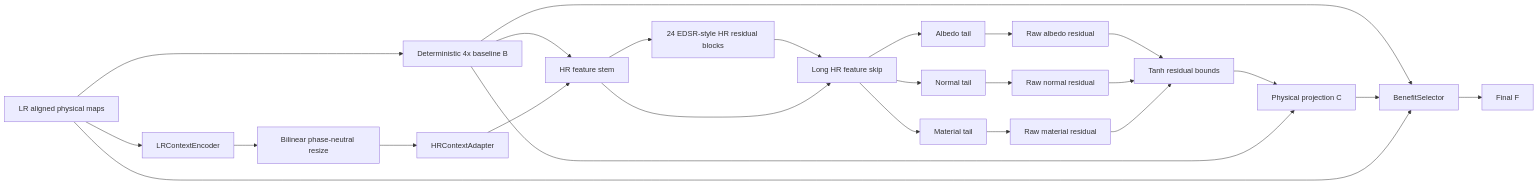
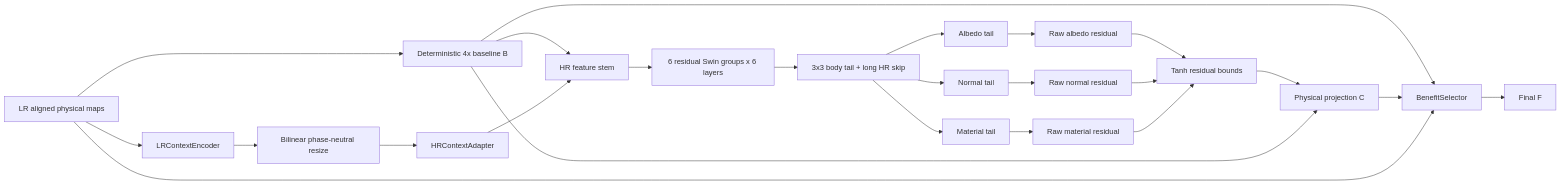
Before and after one commit to JamieShelley/trinity: the diagram in tools/nsamdr/README.md, drawn with Mermaid. The commit also changed other lines of this file, not shown here.

Commit message:
Document V16 SwinIR-style NSAMDR architecture

````diff
--- a/tools/nsamdr/README.md
+++ b/tools/nsamdr/README.md
@@ -116,32 +189,31 @@
 ```mermaid
 flowchart LR
     LR[LR aligned physical maps] --> B[Deterministic 4x baseline B]
     LR --> ENC[LRContextEncoder]
     ENC --> RESIZE[Bilinear phase-neutral resize]
     RESIZE --> ADAPT[HRContextAdapter]
 
     B --> STEM[HR feature stem]
     ADAPT --> STEM
-    STEM --> BODY[24 EDSR-style HR residual blocks]
-    BODY --> LONG[Long HR feature skip]
-    STEM --> LONG
+    STEM --> GROUPS[6 residual Swin groups x 6 layers]
+    GROUPS --> LONG[3x3 body tail + long HR skip]
 
     LONG --> AT[Albedo tail]
     LONG --> NT[Normal tail]
     LONG --> MT[Material tail]
 
     AT --> AR[Raw albedo residual]
     NT --> NR[Raw normal residual]
     MT --> MR[Raw material residual]
 
     AR --> BOUND[Tanh residual bounds]
     NR --> BOUND
     MR --> BOUND
     BOUND --> C[Physical projection C]
     B --> C
 
     B --> SEL[BenefitSelector]
     C --> SEL
     LR --> SEL
     SEL --> F[Final F]
 ```
````
